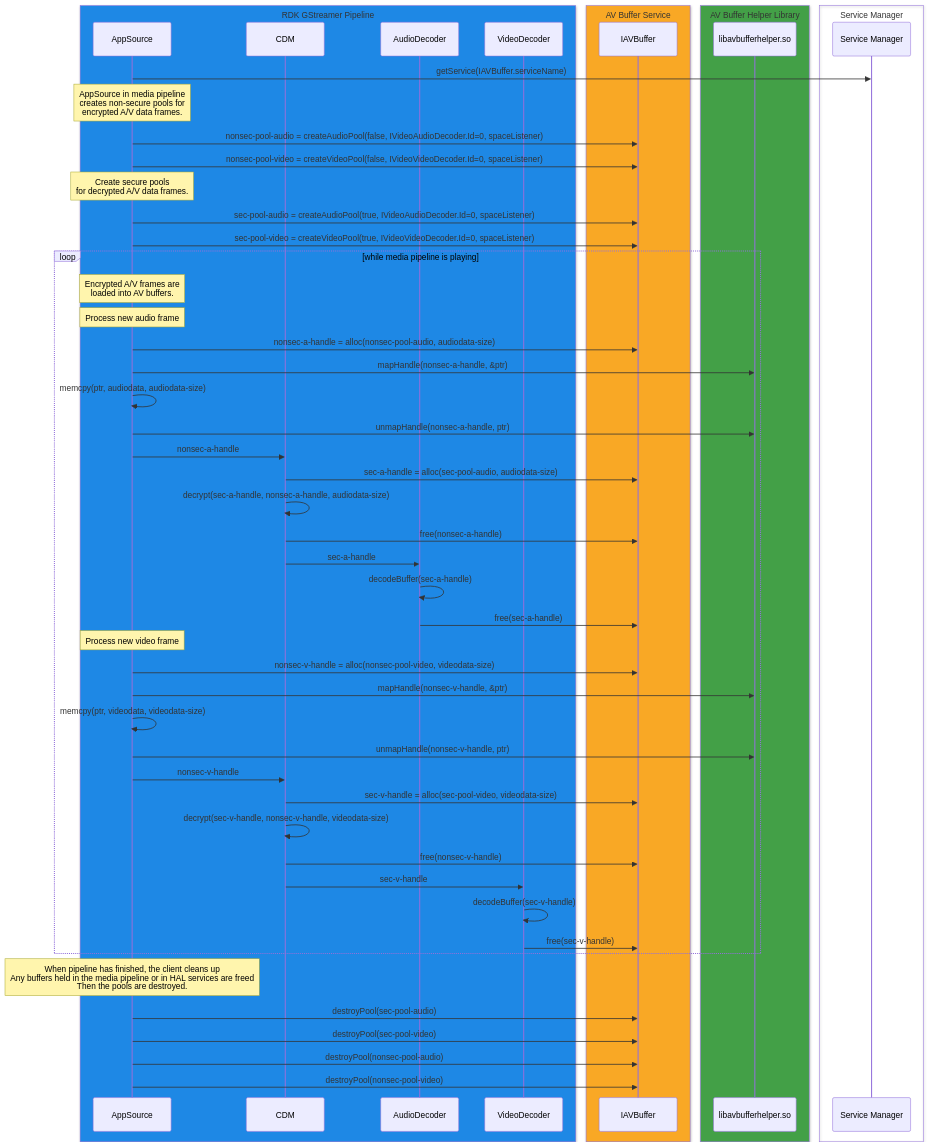
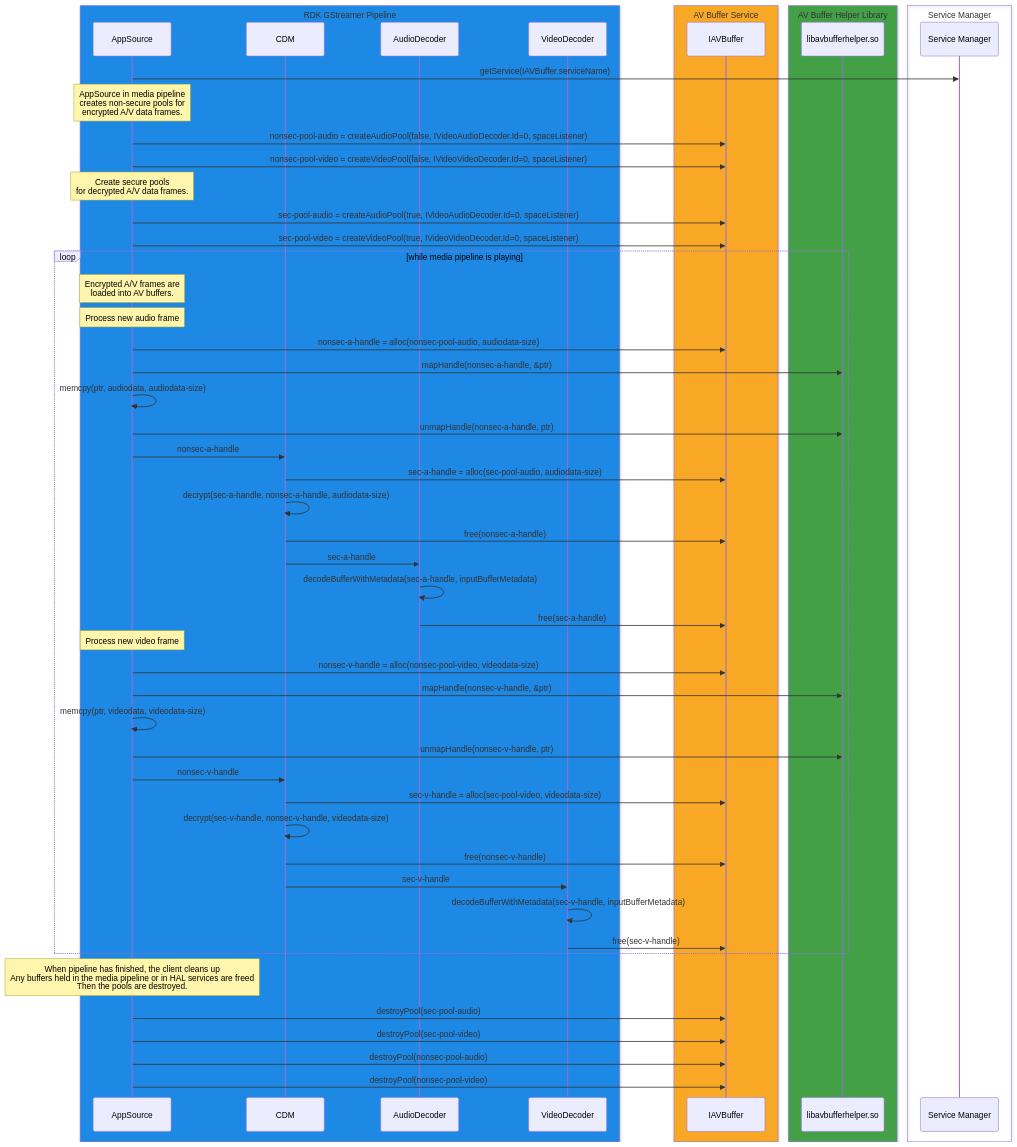
Before and after one commit to rdkcentral/rdk-halif-aidl: the diagram in docs/halif/av_buffer/current/av_buffer.md, drawn with Mermaid. The commit also changed other lines of this file and 20 other files, not shown here.

First line of the commit message:
feat(decoder)!: InputBufferMetadata + FrameMetadata.endOfStream as the single EOS path (#403)

````diff
--- a/docs/halif/av_buffer/current/av_buffer.md
+++ b/docs/halif/av_buffer/current/av_buffer.md
@@ -182,72 +182,72 @@
 ```mermaid
 sequenceDiagram
     box rgb(30,136,229) RDK GStreamer Pipeline
         participant c1 as AppSource
         participant c2 as CDM
         participant adc as AudioDecoder
         participant vdc as VideoDecoder
     end
 
     box rgb(249,168,37) AV Buffer Service
         participant avbm as IAVBuffer
     end
 
     box rgb(67,160,71) AV Buffer Helper Library
         participant avblib as libavbufferhelper.so
     end
 
     box Service Manager
         participant sm as Service Manager
     end
 
     c1 ->> sm: getService(IAVBuffer.serviceName)
 
     Note over c1: AppSource in media pipeline<br/>creates non-secure pools for <br/>encrypted A/V data frames.
 
     c1 ->> avbm: nonsec-pool-audio = createAudioPool(false, IVideoAudioDecoder.Id=0, spaceListener)
     c1 ->> avbm: nonsec-pool-video = createVideoPool(false, IVideoVideoDecoder.Id=0, spaceListener)
 
     Note over c1: Create secure pools<br/>for decrypted A/V data frames.
 
     c1 ->> avbm: sec-pool-audio = createAudioPool(true, IVideoAudioDecoder.Id=0, spaceListener)
     c1 ->> avbm: sec-pool-video = createVideoPool(true, IVideoVideoDecoder.Id=0, spaceListener)
 
     loop while media pipeline is playing
         Note over c1: Encrypted A/V frames are <br/>loaded into AV buffers.
 
         Note over c1: Process new audio frame
         c1 ->> avbm: nonsec-a-handle = alloc(nonsec-pool-audio, audiodata-size)
         c1 ->> avblib: mapHandle(nonsec-a-handle, &ptr)
         c1 ->> c1: memcpy(ptr, audiodata, audiodata-size)
         c1 ->> avblib: unmapHandle(nonsec-a-handle, ptr)
 
         c1 ->> c2: nonsec-a-handle
         c2 ->> avbm: sec-a-handle = alloc(sec-pool-audio, audiodata-size)
         c2 ->> c2: decrypt(sec-a-handle, nonsec-a-handle, audiodata-size)
         c2 ->> avbm: free(nonsec-a-handle)
         c2 ->> adc: sec-a-handle
-        adc ->> adc: decodeBuffer(sec-a-handle)
+        adc ->> adc: decodeBufferWithMetadata(sec-a-handle, inputBufferMetadata)
         adc ->> avbm: free(sec-a-handle)
 
         Note over c1: Process new video frame
         c1 ->> avbm: nonsec-v-handle = alloc(nonsec-pool-video, videodata-size)
         c1 ->> avblib: mapHandle(nonsec-v-handle, &ptr)
         c1 ->> c1: memcpy(ptr, videodata, videodata-size)
         c1 ->> avblib: unmapHandle(nonsec-v-handle, ptr)
         c1 ->> c2: nonsec-v-handle
 
         c2 ->> avbm: sec-v-handle = alloc(sec-pool-video, videodata-size)
         c2 ->> c2: decrypt(sec-v-handle, nonsec-v-handle, videodata-size)
         c2 ->> avbm: free(nonsec-v-handle)
         c2 ->> vdc: sec-v-handle
-        vdc ->> vdc: decodeBuffer(sec-v-handle)
+        vdc ->> vdc: decodeBufferWithMetadata(sec-v-handle, inputBufferMetadata)
         vdc ->> avbm: free(sec-v-handle)
     end
 
     Note over c1: When pipeline has finished, the client cleans up<br/>Any buffers held in the media pipeline or in HAL services are freed<br/>Then the pools are destroyed.
 
     c1 ->> avbm: destroyPool(sec-pool-audio)
     c1 ->> avbm: destroyPool(sec-pool-video)
     c1 ->> avbm: destroyPool(nonsec-pool-audio)
     c1 ->> avbm: destroyPool(nonsec-pool-video)
 ```
````
